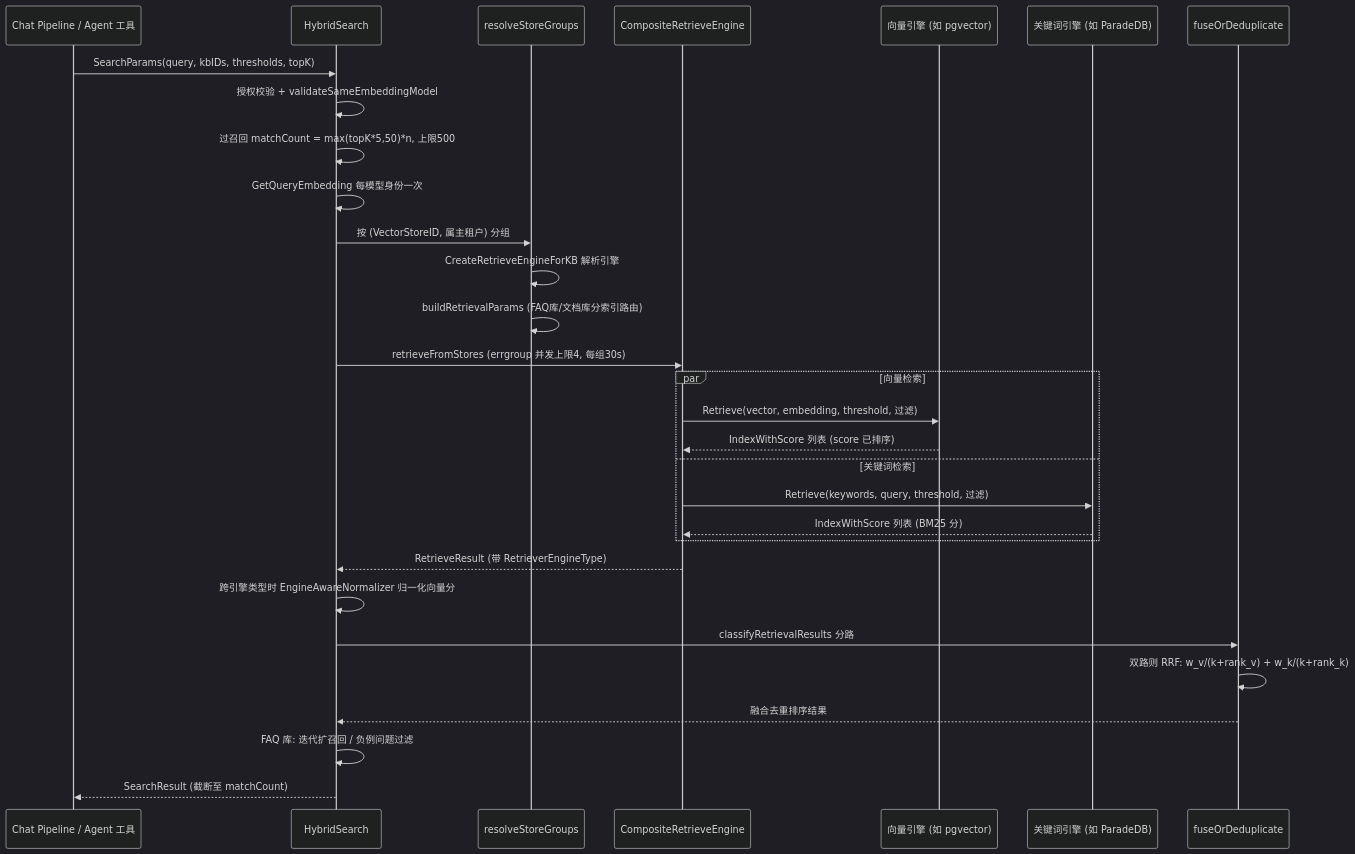
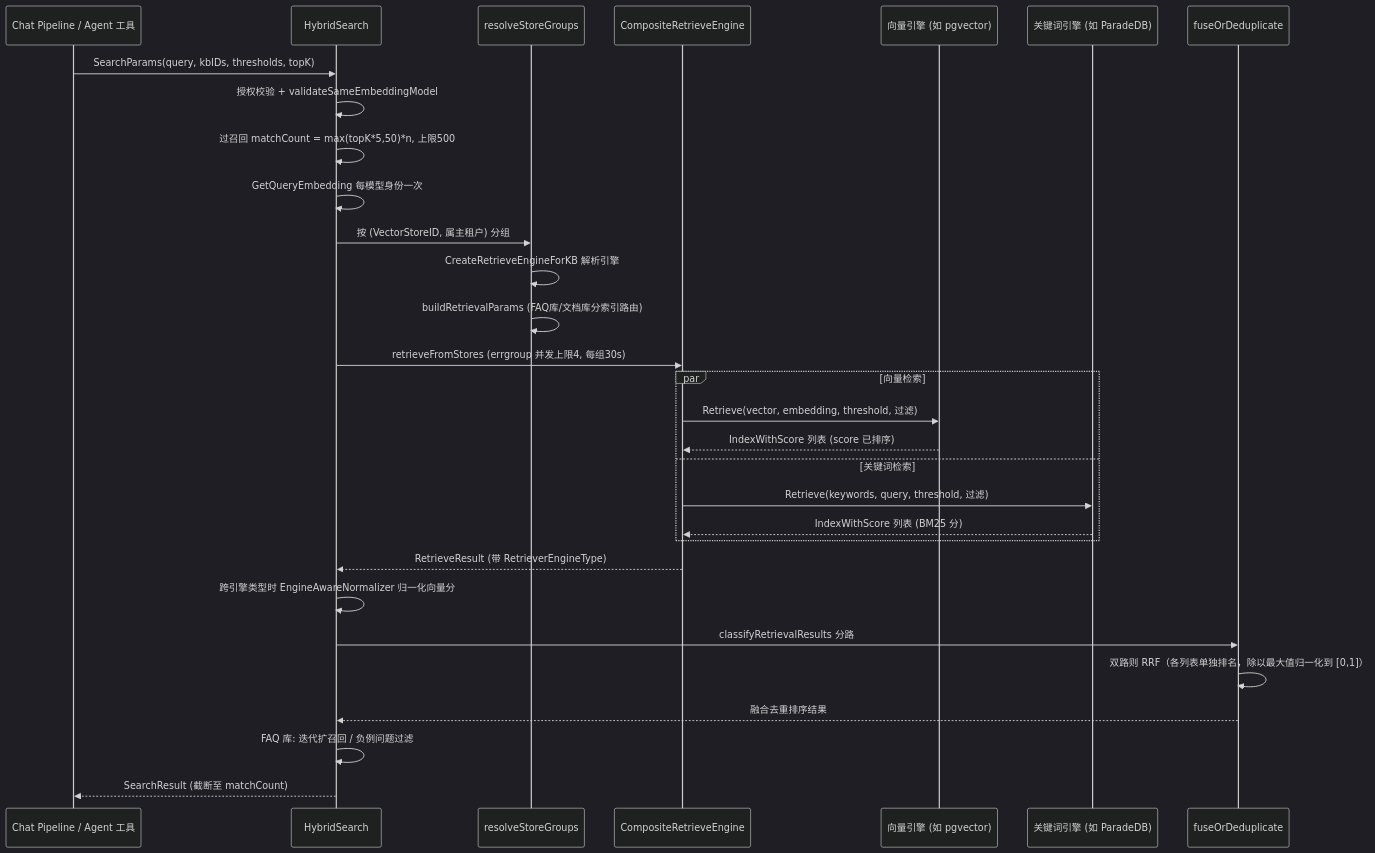
The second of 2 diagrams in website-docs/03-features/05-retrieval-engines.md (michadel/WeKnora), drawn with Mermaid (dark theme) before and after one commit. The commit also changed other lines of this file and 103 other files, not shown here.

````diff
--- a/website-docs/03-features/05-retrieval-engines.md
+++ b/website-docs/03-features/05-retrieval-engines.md
@@ -267,33 +274,33 @@
 ```mermaid
 sequenceDiagram
     participant P as Chat Pipeline / Agent 工具
     participant H as HybridSearch
     participant G as resolveStoreGroups
     participant C as CompositeRetrieveEngine
     participant V as 向量引擎 (如 pgvector)
     participant K as 关键词引擎 (如 ParadeDB)
     participant F as fuseOrDeduplicate
 
     P->>H: SearchParams(query, kbIDs, thresholds, topK)
     H->>H: 授权校验 + validateSameEmbeddingModel
     H->>H: 过召回 matchCount = max(topK*5,50)*n, 上限500
     H->>H: GetQueryEmbedding 每模型身份一次
     H->>G: 按 (VectorStoreID, 属主租户) 分组
     G->>G: CreateRetrieveEngineForKB 解析引擎
     G->>G: buildRetrievalParams (FAQ库/文档库分索引路由)
     H->>C: retrieveFromStores (errgroup 并发上限4, 每组30s)
     par 向量检索
         C->>V: Retrieve(vector, embedding, threshold, 过滤)
         V-->>C: IndexWithScore 列表 (score 已排序)
     and 关键词检索
         C->>K: Retrieve(keywords, query, threshold, 过滤)
         K-->>C: IndexWithScore 列表 (BM25 分)
     end
     C-->>H: RetrieveResult (带 RetrieverEngineType)
     H->>H: 跨引擎类型时 EngineAwareNormalizer 归一化向量分
     H->>F: classifyRetrievalResults 分路
-    F->>F: 双路则 RRF: w_v/(k+rank_v) + w_k/(k+rank_k)
+    F->>F: 双路则 RRF（各列表单独排名，除以最大值归一化到 [0,1]）
     F-->>H: 融合去重排序结果
     H->>H: FAQ 库: 迭代扩召回 / 负例问题过滤
     H-->>P: SearchResult (截断至 matchCount)
 ```
````
